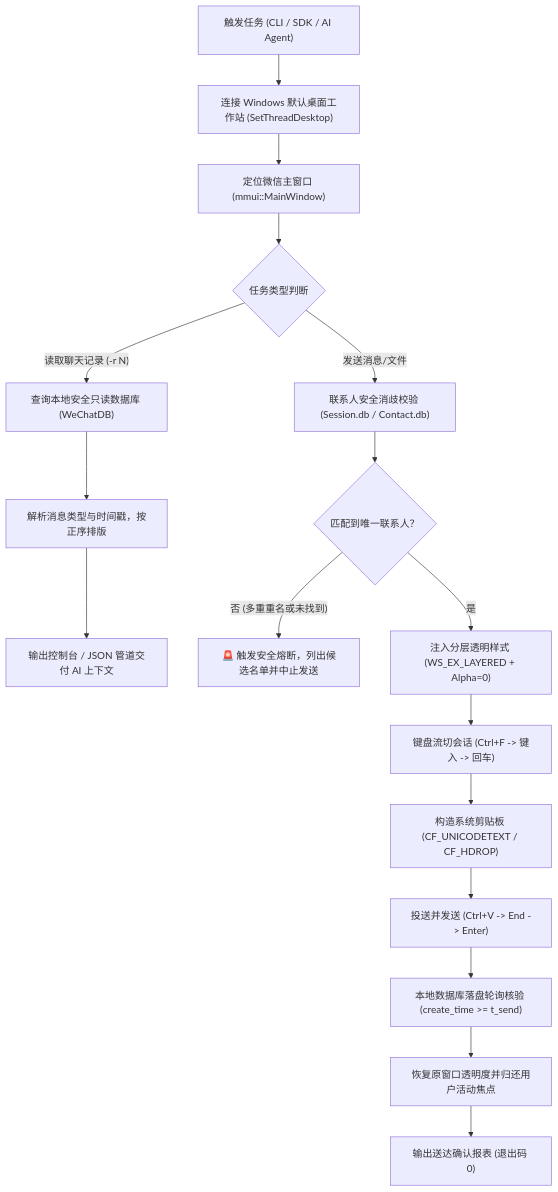
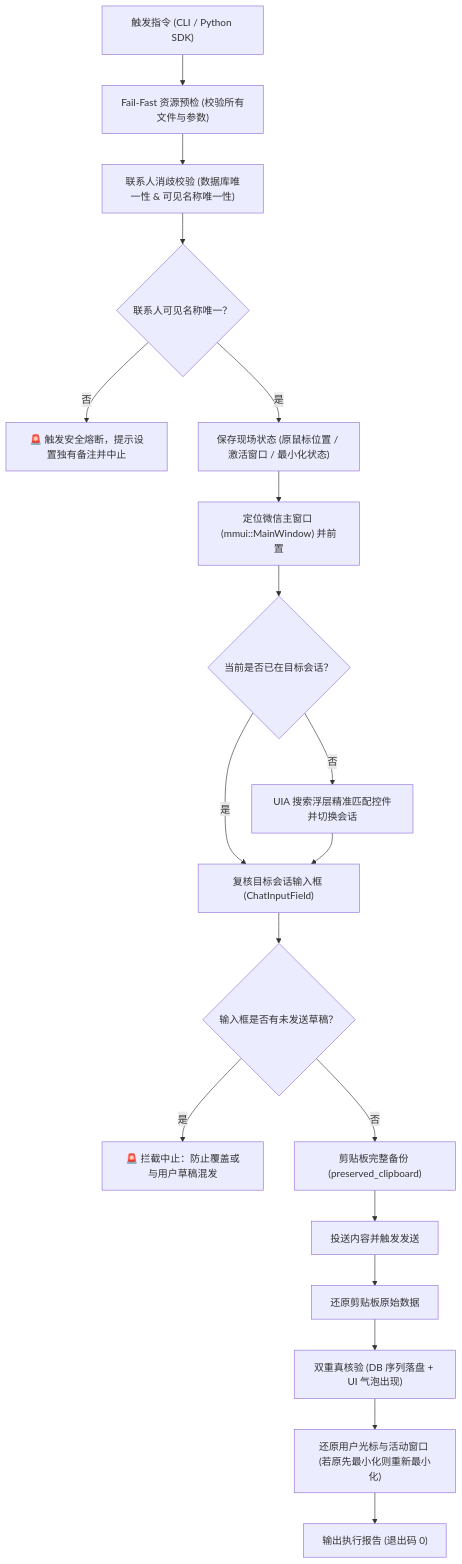
Before and after one commit to lzhangwei983/wechat-filehelper-silent: the diagram in README.md, drawn with Mermaid. The commit also changed other lines of this file and 7 other files, not shown here.

First line of the commit message:
feat(v2.1.0): defensive architecture refactor, lossless clipboard restoration, and double verification

````diff
--- a/README.md
+++ b/README.md
@@ -53,23 +55,21 @@
 ```mermaid
 flowchart TD
-    A["触发任务 (CLI / SDK / AI Agent)"] --> B["连接 Windows 默认桌面工作站 (SetThreadDesktop)"]
-    B --> C["定位微信主窗口 (mmui::MainWindow)"]
-    
-    C --> D{"任务类型判断"}
-    
-    D -- "读取聊天记录 (-r N)" --> E["查询本地安全只读数据库 (WeChatDB)"]
-    E --> F["解析消息类型与时间戳，按正序排版"]
-    F --> G["输出控制台 / JSON 管道交付 AI 上下文"]
-    
-    D -- "发送消息/文件" --> H["联系人安全消歧校验 (Session.db / Contact.db)"]
-    H --> I{"匹配到唯一联系人？"}
-    I -- 否 (多重重名或未找到) --> J["🚨 触发安全熔断，列出候选名单并中止发送"]
-    I -- 是 --> K["注入分层透明样式 (WS_EX_LAYERED + Alpha=0)"]
-    
-    K --> L["键盘流切会话 (Ctrl+F -> 键入 -> 回车)"]
-    L --> M["构造系统剪贴板 (CF_UNICODETEXT / CF_HDROP)"]
-    M --> N["投送并发送 (Ctrl+V -> End -> Enter)"]
-    N --> O["本地数据库落盘轮询核验 (create_time >= t_send)"]
-    O --> P["恢复原窗口透明度并归还用户活动焦点"]
-    P --> Q["输出送达确认报表 (退出码 0)"]
+    A["触发指令 (CLI / Python SDK)"] --> B["Fail-Fast 资源预检 (校验所有文件与参数)"]
+    B --> C["联系人消歧校验 (数据库唯一性 & 可见名称唯一性)"]
+    C --> D{"联系人可见名称唯一？"}
+    D -- 否 --> E["🚨 触发安全熔断，提示设置独有备注并中止"]
+    D -- 是 --> F["保存现场状态 (原鼠标位置 / 激活窗口 / 最小化状态)"]
+    F --> G["定位微信主窗口 (mmui::MainWindow) 并前置"]
+    G --> H{"当前是否已在目标会话？"}
+    H -- 否 --> I["UIA 搜索浮层精准匹配控件并切换会话"]
+    H -- 是 --> J["复核目标会话输入框 (ChatInputField)"]
+    I --> J
+    J --> K{"输入框是否有未发送草稿？"}
+    K -- 是 --> L["🚨 拦截中止：防止覆盖或与用户草稿混发"]
+    K -- 否 --> M["剪贴板完整备份 (preserved_clipboard)"]
+    M --> N["投送内容并触发发送"]
+    N --> O["还原剪贴板原始数据"]
+    O --> P["双重真核验 (DB 序列落盘 + UI 气泡出现)"]
+    P --> Q["还原用户光标与活动窗口 (若原先最小化则重新最小化)"]
+    Q --> R["输出执行报告 (退出码 0)"]
 ```
````
